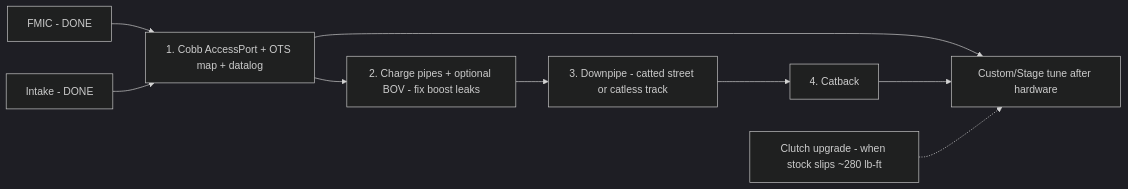
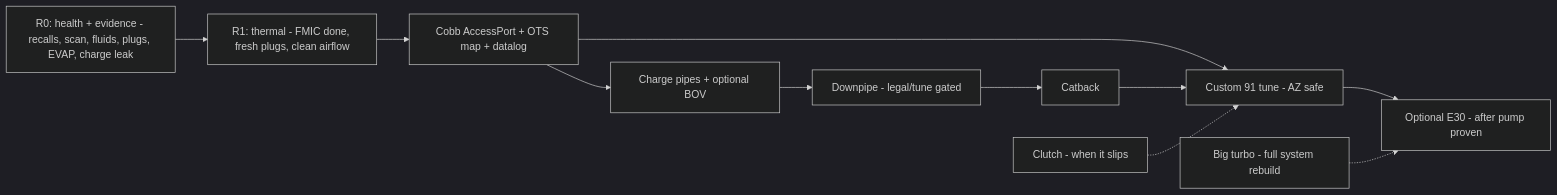
Before and after one commit to 2smok3d/focus-st: the first of 2 diagrams in docs/projects/powertrain.md, drawn with Mermaid (dark theme). The commit also changed other lines of this file and 1 other file, not shown here.

First line of the commit message:
docs: expand Handling/Brakes and Powertrain into full builds

````diff
--- a/docs/projects/powertrain.md
+++ b/docs/projects/powertrain.md
@@ -12,11 +13,13 @@
 ```mermaid
 flowchart LR
-    FMIC[FMIC - DONE] --> AP[1. Cobb AccessPort + OTS map + datalog]
-    INT[Intake - DONE] --> AP
-    AP --> CP[2. Charge pipes + optional BOV - fix boost leaks]
-    CP --> DP[3. Downpipe - catted street or catless track]
-    DP --> CB[4. Catback]
-    AP --> TUNE[Custom/Stage tune after hardware]
-    CB --> TUNE
-    CL[Clutch upgrade - when stock slips ~280 lb-ft] -.-> TUNE
+    R0[R0: health + evidence - recalls, scan, fluids, plugs, EVAP, charge leak] --> R1[R1: thermal - FMIC done, fresh plugs, clean airflow]
+    R1 --> AP[Cobb AccessPort + OTS map + datalog]
+    AP --> CP[Charge pipes + optional BOV]
+    CP --> DP[Downpipe - legal/tune gated]
+    DP --> CB[Catback]
+    AP --> CUS[Custom 91 tune - AZ safe]
+    CB --> CUS
+    CUS --> E30[Optional E30 - after pump proven]
+    CL[Clutch - when it slips] -.-> CUS
+    BT[Big turbo - full system rebuild] -.-> E30
 ```
````
